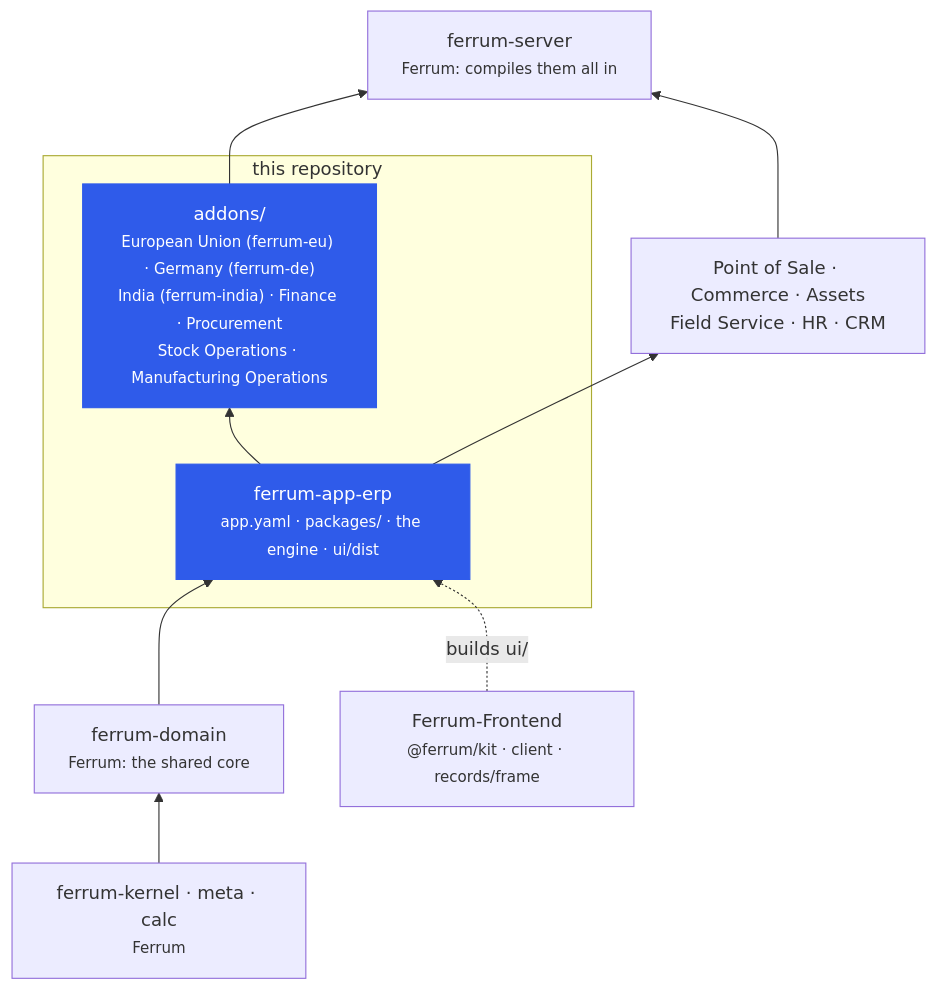
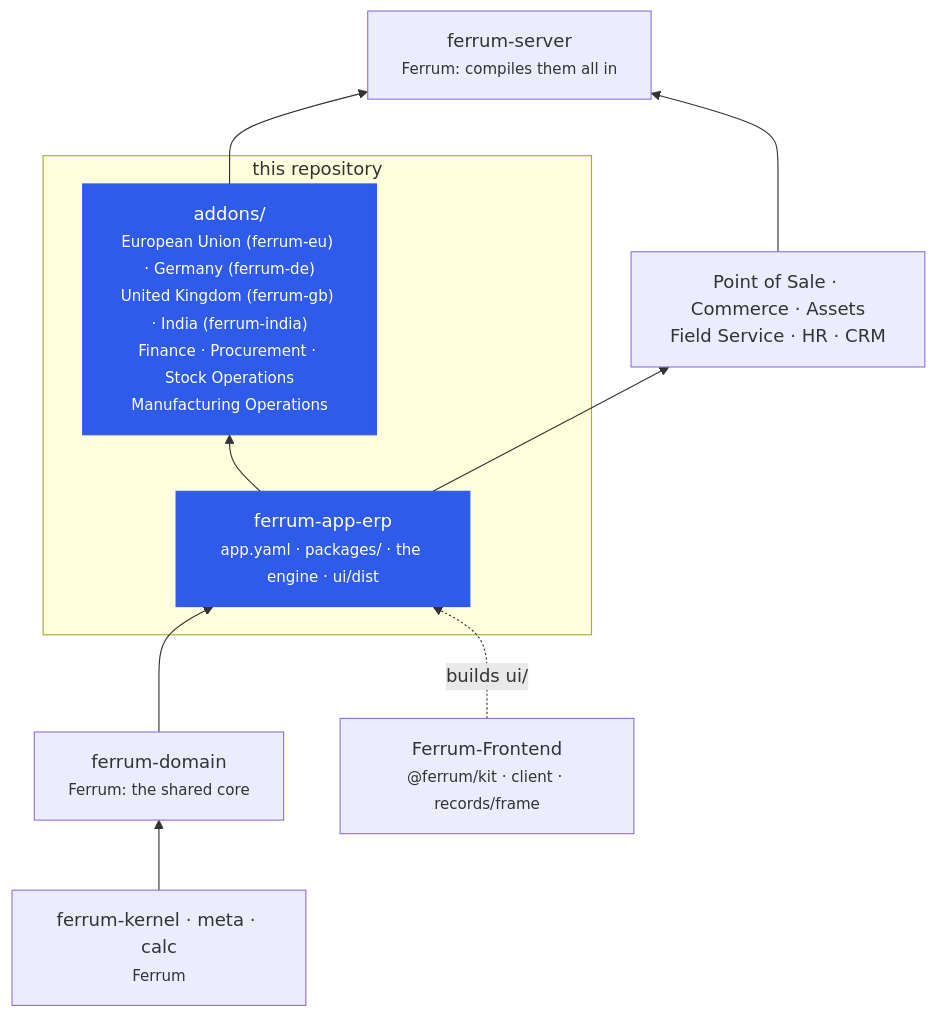
One commit to CBFerrum/ferrum-app-erp changed the third of 3 diagrams in README.md. Above: the diagram before and after it, drawn with Mermaid. The commit also changed other lines of this file, not shown here.

Commit message:
README: the United Kingdom 0.1.0 (UK VAT, the CIS reverse charge, Making Tax Digital returns) and the EU 0.1.2

````diff
--- a/README.md
+++ b/README.md
@@ -181,20 +182,20 @@
 ```mermaid
 flowchart BT
     KER["ferrum-kernel · meta · calc<br/><small>Ferrum</small>"]
     CORE["ferrum-domain<br/><small>Ferrum: the shared core</small>"]
     subgraph REPO["this repository"]
         APP["ferrum-app-erp<br/><small>app.yaml · packages/ · the engine · ui/dist</small>"]
-        ADD["addons/<br/><small>European Union (ferrum-eu) · Germany (ferrum-de)<br/>India (ferrum-india) · Finance · Procurement<br/>Stock Operations · Manufacturing Operations</small>"]
+        ADD["addons/<br/><small>European Union (ferrum-eu) · Germany (ferrum-de)<br/>United Kingdom (ferrum-gb) · India (ferrum-india)<br/>Finance · Procurement · Stock Operations<br/>Manufacturing Operations</small>"]
     end
     APPS["Point of Sale · Commerce · Assets<br/>Field Service · HR · CRM"]
     SRV["ferrum-server<br/><small>Ferrum: compiles them all in</small>"]
     FE["Ferrum-Frontend<br/><small>@ferrum/kit · client · records/frame</small>"]
     KER --> CORE --> APP
     APP --> ADD
     APP --> APPS
     ADD --> SRV
     APPS --> SRV
     FE -. builds ui/ .-> APP
     classDef erp fill:#2f5bea,color:#fff,stroke:#2f5bea
     class APP,ADD erp
 ```
````
